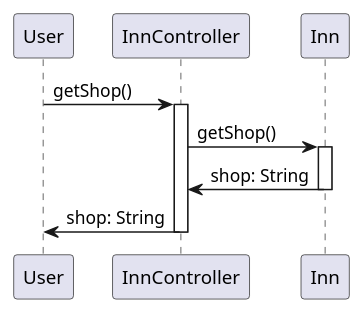
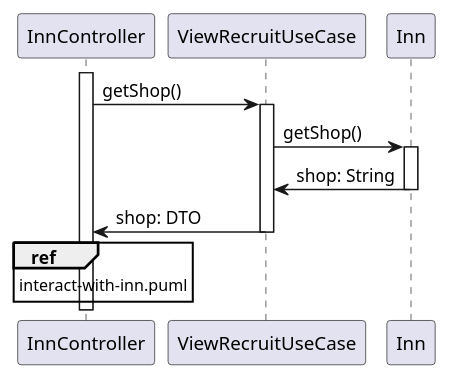
One commit to JosefG50/2203-Legends-of-Sword-and-Wand changed the diagram in rpg-legends/docs/uml/getShop.puml. Above: the diagram before and after it, drawn with PlantUML. The commit also changed 5 other files, not shown here.

```diff
--- a/rpg-legends/docs/uml/getShop.puml
+++ b/rpg-legends/docs/uml/getShop.puml
@@ -1,10 +2,17 @@
-' User wants to View Shop
-User -> InnController: getShop()
+@startuml ViewRecruitUseCase
+participant InnController
+participant ViewRecruitUseCase
+participant Inn
+
 activate InnController
+InnController -> ViewRecruitUseCase: getShop()
+activate ViewRecruitUseCase
+ViewRecruitUseCase -> Inn: getShop()
+activate Inn
+Inn -> ViewRecruitUseCase: shop: String
+deactivate Inn
+ViewRecruitUseCase -> InnController: shop: DTO
+ref over InnController: interact-with-inn.puml
 
-InnController -> Inn: getShop()
-activate Inn
-Inn -> InnController: shop: String
-deactivate Inn
-InnController -> User: shop: String
-deactivate InnController
+deactivate ViewRecruitUseCase
+@enduml
```
